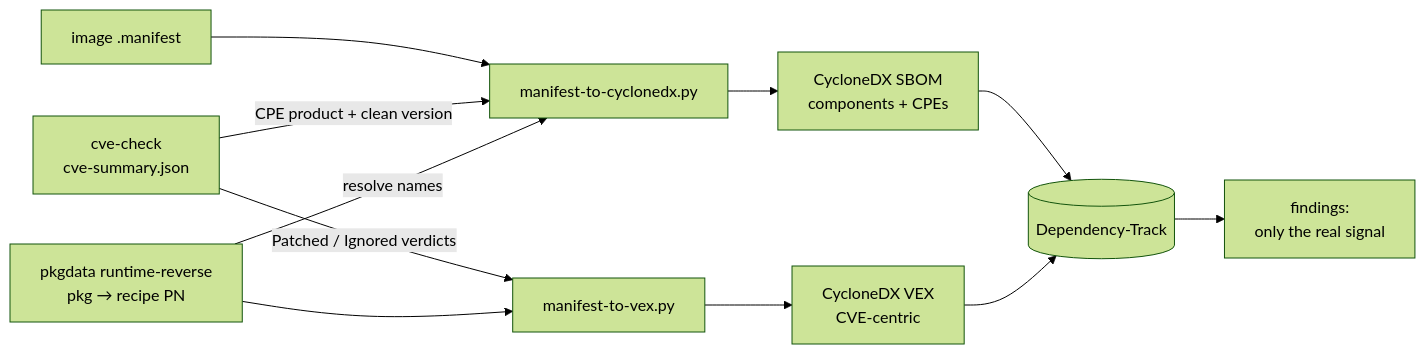
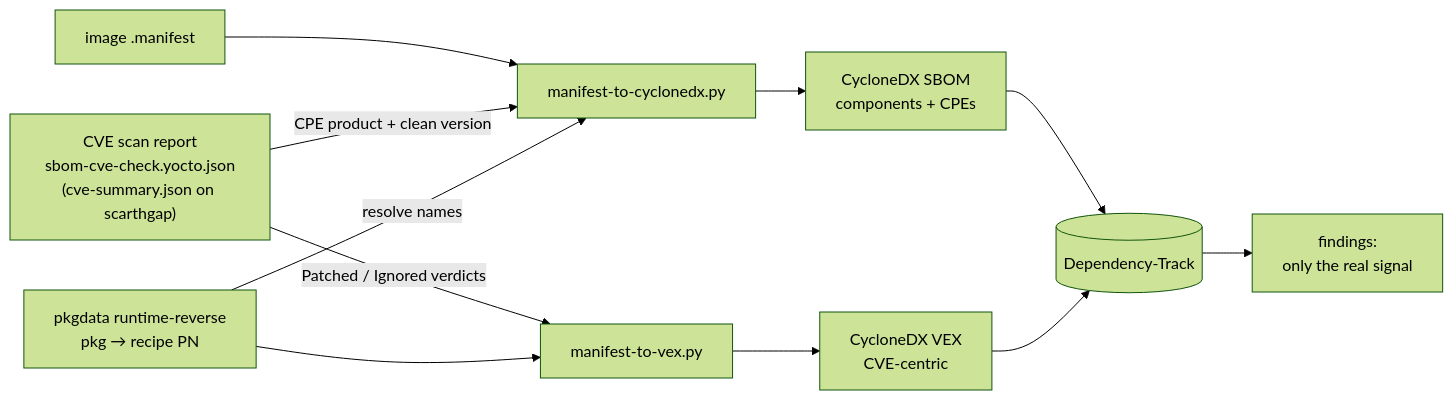
The diagram in docs/yocto-concepts.md (schultzzznet/theSchultzYocto), drawn with Mermaid (forest theme) before and after one commit. The commit also changed other lines of this file, not shown here.

````diff
--- a/docs/yocto-concepts.md
+++ b/docs/yocto-concepts.md
@@ -597,11 +617,11 @@
 ```mermaid
 flowchart LR
   M[image .manifest] --> S[manifest-to-cyclonedx.py]
-  C[cve-check<br/>cve-summary.json] -->|CPE product + clean version| S
+  C["CVE scan report<br/>sbom-cve-check.yocto.json<br/>(cve-summary.json on scarthgap)"] -->|CPE product + clean version| S
   P[pkgdata runtime-reverse<br/>pkg → recipe PN] -->|resolve names| S
   S --> B[CycloneDX SBOM<br/>components + CPEs] --> DT[(Dependency-Track)]
   C -->|Patched / Ignored verdicts| V[manifest-to-vex.py]
   P --> V
   V --> X[CycloneDX VEX<br/>CVE-centric] --> DT
   DT --> F[findings:<br/>only the real signal]
 ```
````
